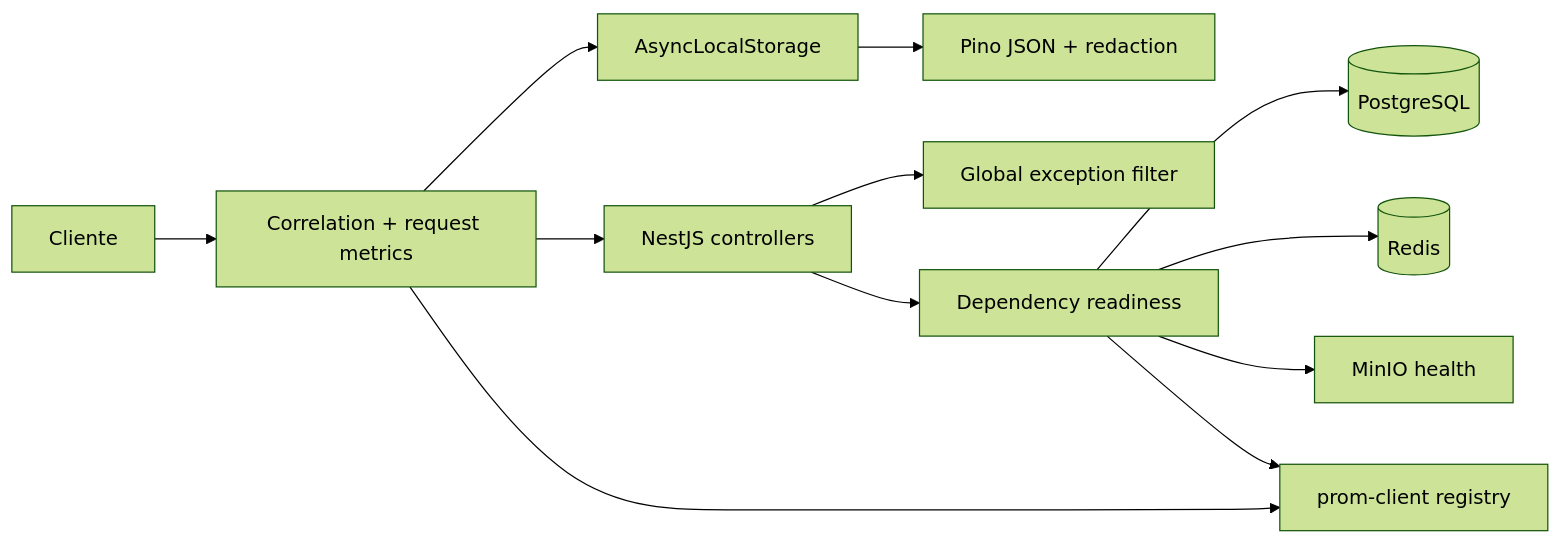
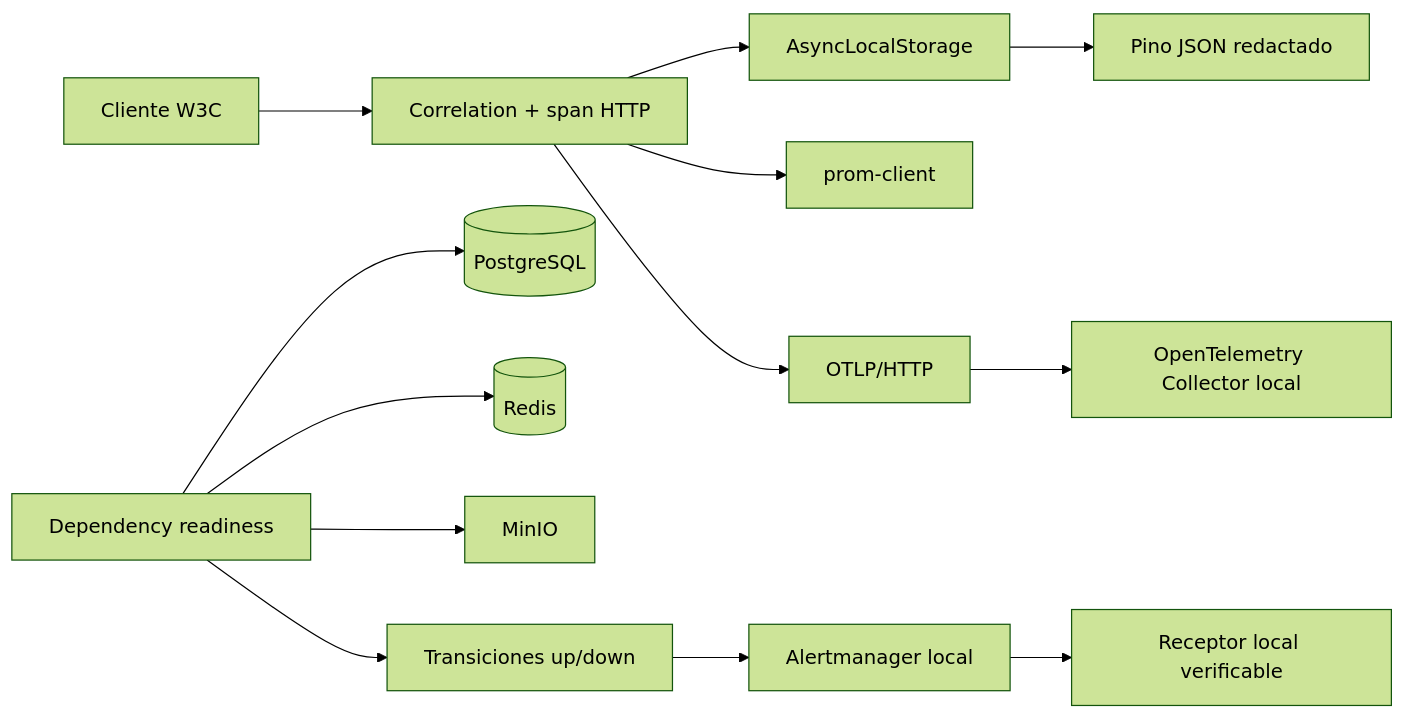
Before and after one commit to Proyectokolectivo1/automatizacion-shopify: the diagram in docs/architecture/observability.md, drawn with Mermaid (forest theme). The commit also changed other lines of this file and 70 other files, not shown here.

````diff
--- a/docs/architecture/observability.md
+++ b/docs/architecture/observability.md
@@ -3,14 +3,15 @@
 ```mermaid
 flowchart LR
-  Client["Cliente"] --> Middleware["Correlation + request metrics"]
+  Client["Cliente W3C"] --> Middleware["Correlation + span HTTP"]
   Middleware --> Context["AsyncLocalStorage"]
-  Middleware --> Controller["NestJS controllers"]
-  Controller --> Filter["Global exception filter"]
-  Controller --> Ready["Dependency readiness"]
-  Ready --> PG[(PostgreSQL)]
+  Context --> Logs["Pino JSON redactado"]
+  Middleware --> Metrics["prom-client"]
+  Middleware --> OTLP["OTLP/HTTP"]
+  OTLP --> Collector["OpenTelemetry Collector local"]
+  Ready["Dependency readiness"] --> PG[(PostgreSQL)]
   Ready --> Redis[(Redis)]
-  Ready --> MinIO["MinIO health"]
-  Context --> Pino["Pino JSON + redaction"]
-  Middleware --> Prom["prom-client registry"]
-  Ready --> Prom
+  Ready --> MinIO["MinIO"]
+  Ready --> Alerts["Transiciones up/down"]
+  Alerts --> Alertmanager["Alertmanager local"]
+  Alertmanager --> Receiver["Receptor local verificable"]
 ```
````
